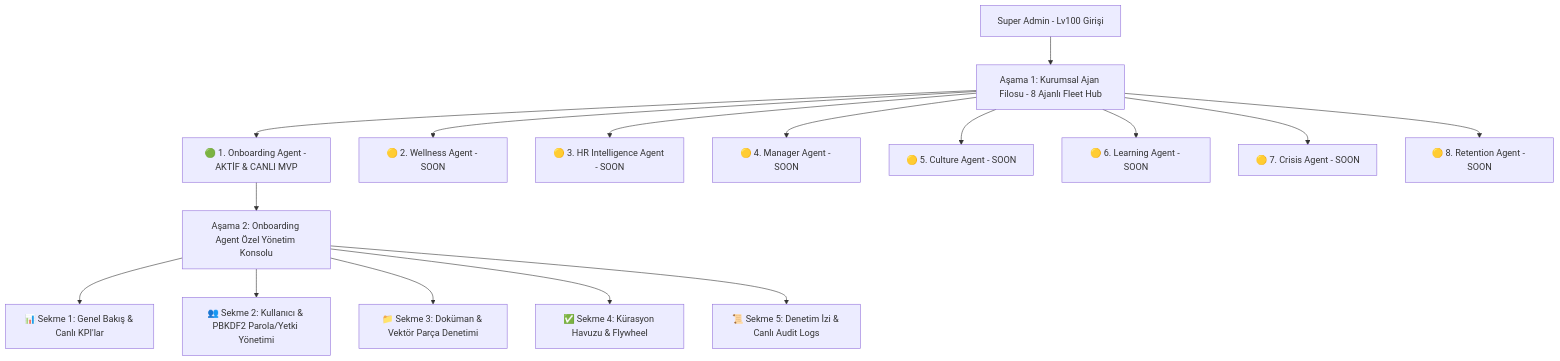
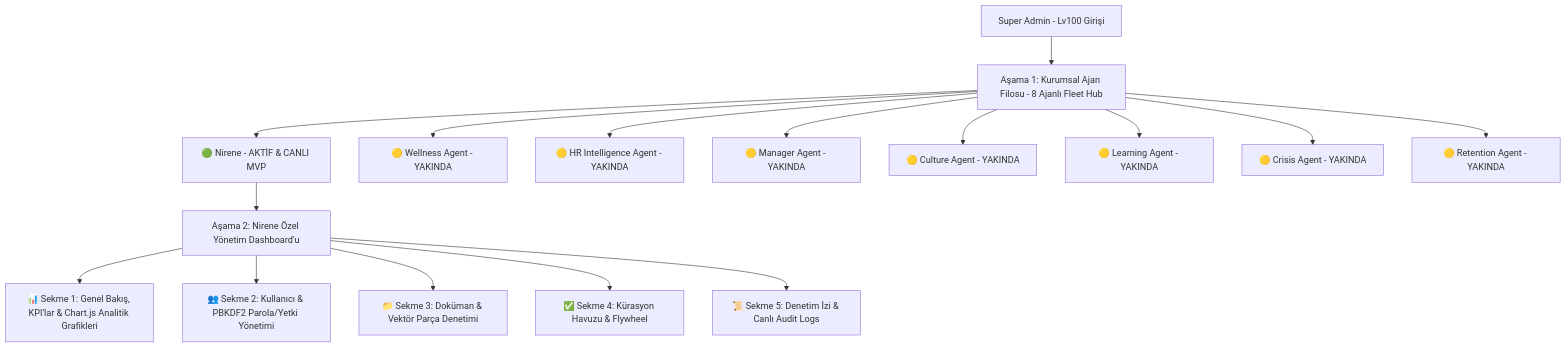
One commit to noovoy-ai/northwestern-rag-backend changed the third of 3 diagrams in README.md. Above: the diagram before and after it, drawn with Mermaid. The commit also changed other lines of this file and 2 other files, not shown here.

Commit message:
feat(ui): redesign dashboard with Chart.js analytics, rename Agent-1 to Nirene, simplify fleet cards

````diff
--- a/README.md
+++ b/README.md
@@ -413,20 +413,20 @@
 ```mermaid
 graph TD
     A[Super Admin - Lv100 Girişi] --> B[Aşama 1: Kurumsal Ajan Filosu - 8 Ajanlı Fleet Hub]
     
-    B --> C1[🟢 1. Onboarding Agent - AKTİF & CANLI MVP]
-    B --> C2[🟡 2. Wellness Agent - SOON]
-    B --> C3[🟡 3. HR Intelligence Agent - SOON]
-    B --> C4[🟡 4. Manager Agent - SOON]
-    B --> C5[🟡 5. Culture Agent - SOON]
-    B --> C6[🟡 6. Learning Agent - SOON]
-    B --> C7[🟡 7. Crisis Agent - SOON]
-    B --> C8[🟡 8. Retention Agent - SOON]
+    B --> C1[🟢 Nirene - AKTİF & CANLI MVP]
+    B --> C2[🟡 Wellness Agent - YAKINDA]
+    B --> C3[🟡 HR Intelligence Agent - YAKINDA]
+    B --> C4[🟡 Manager Agent - YAKINDA]
+    B --> C5[🟡 Culture Agent - YAKINDA]
+    B --> C6[🟡 Learning Agent - YAKINDA]
+    B --> C7[🟡 Crisis Agent - YAKINDA]
+    B --> C8[🟡 Retention Agent - YAKINDA]
     
-    C1 --> D[Aşama 2: Onboarding Agent Özel Yönetim Konsolu]
-    D --> E1[📊 Sekme 1: Genel Bakış & Canlı KPI'lar]
+    C1 --> D[Aşama 2: Nirene Özel Yönetim Dashboard'u]
+    D --> E1[📊 Sekme 1: Genel Bakış, KPI'lar & Chart.js Analitik Grafikleri]
     D --> E2[👥 Sekme 2: Kullanıcı & PBKDF2 Parola/Yetki Yönetimi]
     D --> E3[📁 Sekme 3: Doküman & Vektör Parça Denetimi]
     D --> E4[✅ Sekme 4: Kürasyon Havuzu & Flywheel]
     D --> E5[📜 Sekme 5: Denetim İzi & Canlı Audit Logs]
 ```
````
